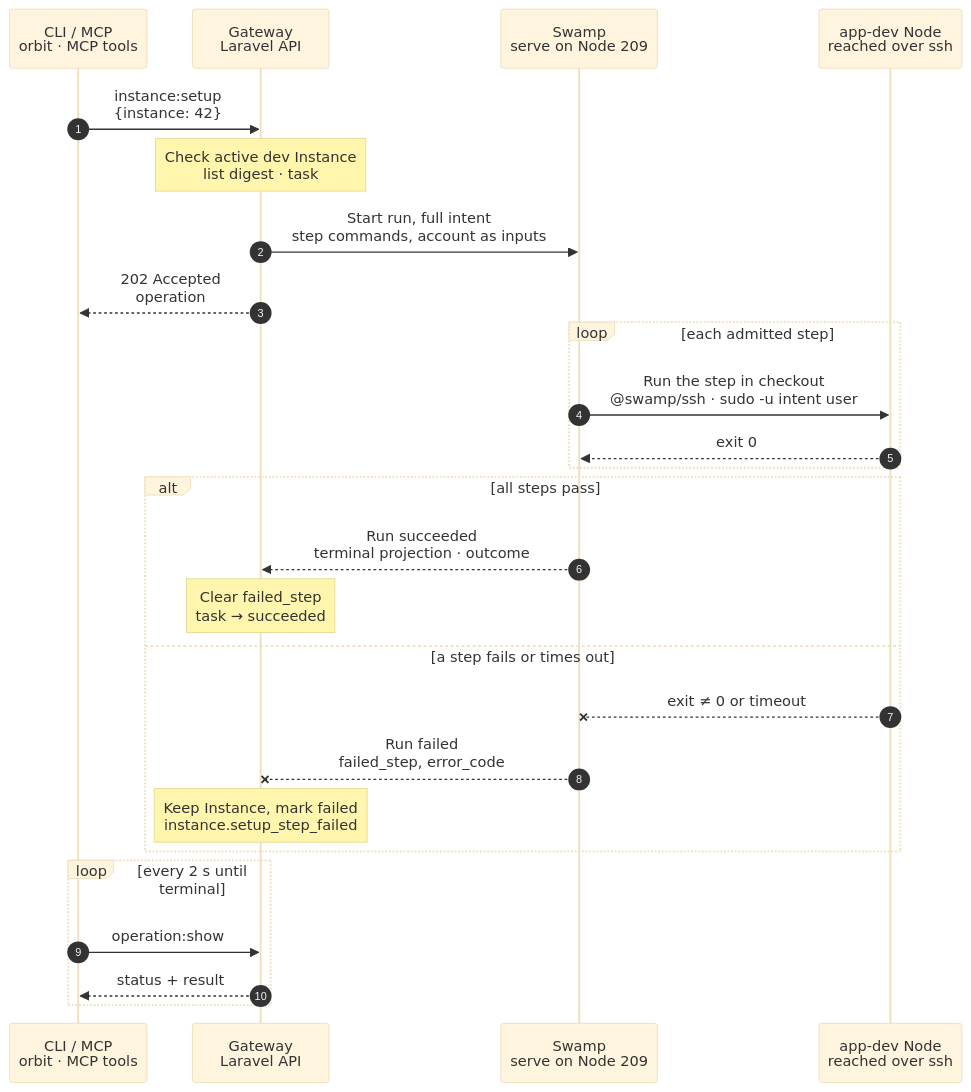
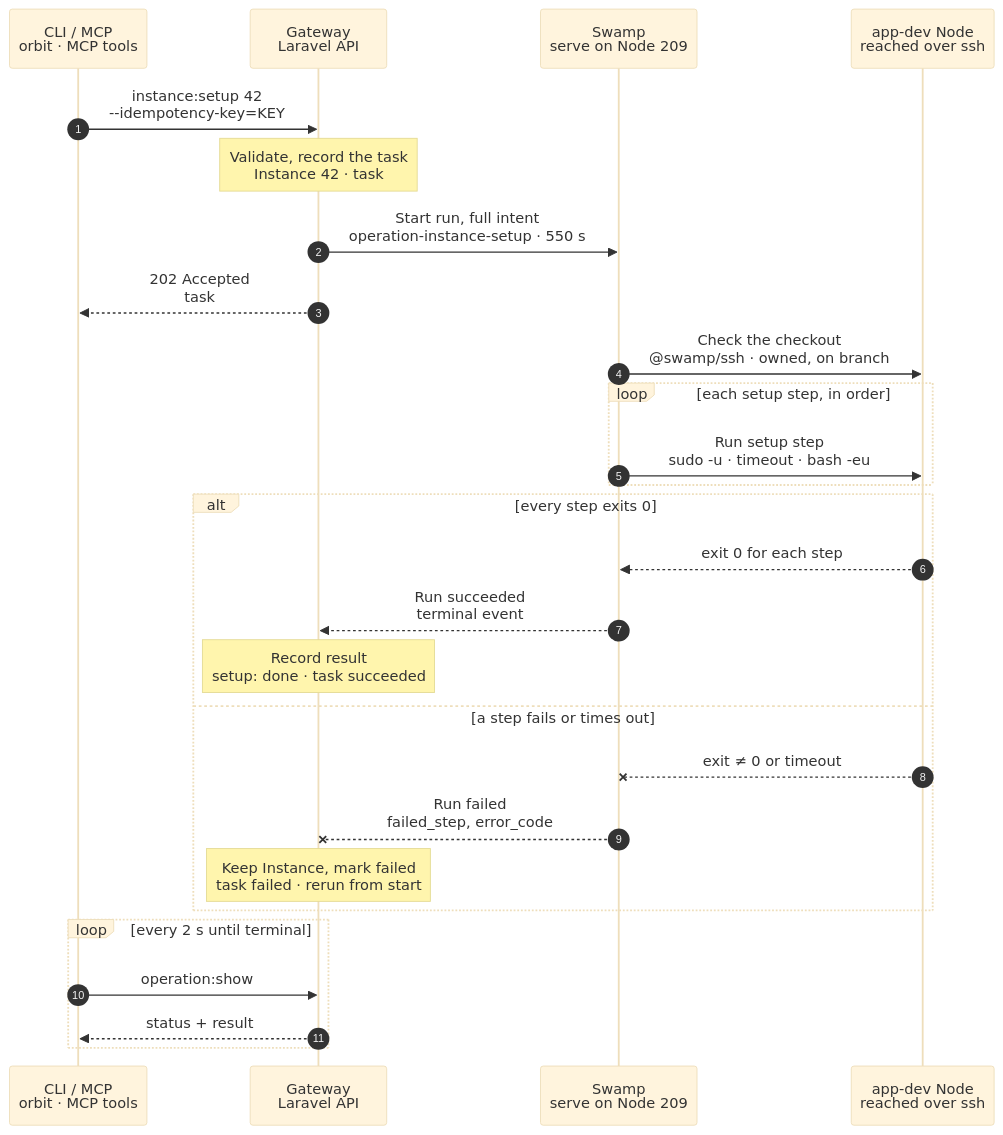
Before and after one commit to hardimpactdev/orbit: the diagram in docs/flows/instance.run_steps.mmd, drawn with Mermaid (base theme). The commit also changed 10 other files, not shown here.

First line of the commit message:
docs(flows): wave 3 charts (dev Instance lifecycle, Project maintenance) (#2436)

```diff
--- a/docs/flows/instance.run_steps.mmd
+++ b/docs/flows/instance.run_steps.mmd
@@ -1,32 +1,112 @@
 sequenceDiagram
-  %% Target design: ADR 0244 task + intent-as-workflow-inputs + single-swamp-node; orbit-instance-run-account; DECISIONS R4 (commands as inputs, sudo -u intent account, terminal projection).
+  %% Target design: ADR 0244 task, R2-R4 (process.stop shape: 209, @swamp/ssh, full intent as inputs), DECISIONS instance.run_steps (commands as inputs, sudo -u intent account, terminal projection, no API reads). docs/reference/instance-setup.md.
   %% status: draft
+  %% command: instance:setup
   autonumber
   %% lane CLI icon=terminal pill=caller tone=gray
   %% lane GW icon=gateway pill=intent tone=blue
   %% lane SW icon=workflow pill=executes tone=green
   %% lane N icon=server pill=target tone=amber
   participant CLI as CLI / MCP<br/>orbit · MCP tools
   participant GW as Gateway<br/>Laravel API
   participant SW as Swamp<br/>serve on Node 209
   participant N as app-dev Node<br/>reached over ssh
-  CLI->>GW: instance:setup<br/>{instance: 42}
-  Note over GW: Check active dev Instance<br/>list digest · task #5131
-  GW->>SW: Start run, full intent<br/>step commands, account as inputs
-  GW-->>CLI: 202 Accepted<br/>operation #5131
-  loop each admitted step
-    SW->>N: Run the step in checkout<br/>@swamp/ssh · sudo -u intent user
-    N-->>SW: exit 0
+  CLI->>GW: instance:setup 42<br/>--idempotency-key=KEY
+  %%> Command:
+  %%> - `orbit instance:setup 42`
+  %%> - syntax: `instance:setup <instance> [--idempotency-key=KEY] [--json]`
+  %%> Input:
+  %%> - the numeric Instance ID
+  %%> Who can call it:
+  %%> - the `orbit` CLI and the MCP tool send the same request
+  Note over GW: Validate, record the task<br/>Instance 42 · task #5133
+  %%> Requirements:
+  %%> - your Node has an access grant to Node 12, the Node of Instance 42
+  %%> - Instance 42 is an active development Instance on an `app-dev` Node
+  %%> - no other task holds Instance 42; the Gateway holds one lock per Instance and waits briefly for a busy one
+  %%> Records:
+  %%> - the Project's setup steps as they are now: names, commands, timeouts, and their digest
+  %%> - a later change to the list does not change this task; start a new one to use it
+  %%> Result:
+  %%> - task #5133 recorded with the full intent
+  %%> - nothing has happened on the Node yet
+  GW->>SW: Start run, full intent<br/>operation-instance-setup · 550 s
+  %%> What it does:
+  %%> - starts one Swamp run on serve (Node 209)
+  %%> Inputs:
+  %%> - `kind`: instance.run_steps
+  %%> - every step's name, command and timeout
+  %%> - the checkout path, the Instance account and the Node's Vite+ store (`VP_HOME`)
+  %%> - the seed: `ORBIT_SEED_PATH` and `ORBIT_SEED_COMMIT` of the `default` Instance on Node 12
+  %%> - Node 12's address and SSH host keys; the SSH identity comes from the `swamp` role
+  %%> Budget:
+  %%> - 550 s for the whole list; the step timeouts add up to at most 540 s
+  GW-->>CLI: 202 Accepted<br/>task #5133
+  %%> What you get:
+  %%> - the task number, at once
+  %%> Next:
+  %%> - the CLI follows the task with `operation:show`
+  SW->>N: Check the checkout<br/>@swamp/ssh · owned, on branch
+  %%> How:
+  %%> - Swamp reaches Node 12 over SSH from 209 with the official `@swamp/ssh` behavior
+  %%> What it does:
+  %%> - checks that the checkout of Instance 42 exists and is the one Orbit owns
+  %%> - checks that the Instance account exists
+  %%> Why:
+  %%> - the commands run only in the checkout the intent names
+  loop each setup step, in order
+    SW->>N: Run setup step<br/>sudo -u · timeout · bash -eu
+    %%> What it does:
+    %%> - runs one step's command with `bash -eu` from the repository root of the checkout
+    %%> - with `VP_HOME`, `ORBIT_SEED_PATH` and `ORBIT_SEED_COMMIT` set
+    %%> Typical steps:
+    %%> - `composer install`
+    %%> - `vp install`
+    %%> - `php artisan migrate`
+    %%> Runs as:
+    %%> - the Instance account from the intent, with `sudo -u`; not root
+    %%> Limits:
+    %%> - `timeout` stops the step's whole process group at its own timeout, so no command keeps running after it
+    %%> Progress:
+    %%> - each step shows under its own name
+    %%> Not kept:
+    %%> - command text and stdout; only the exit code and a redacted stderr tail
   end
-  alt all steps pass
-    SW-->>GW: Run succeeded<br/>terminal projection · outcome
-    Note over GW: Clear failed_step<br/>task → succeeded
+  alt every step exits 0
+    N-->>SW: exit 0 for each step
+    %%> Returns:
+    %%> - each step's exit code; that is the end state, so no other check runs
+    SW-->>GW: Run succeeded<br/>terminal event
+    %%> How the Gateway learns it:
+    %%> - its shared run reader sees the terminal event and reads the run's outputs; Swamp never calls the Gateway
+    Note over GW: Record result<br/>setup: done · task succeeded
+    %%> Result:
+    %%> - Instance 42's setup is recorded as done, and an earlier failed step is cleared
+    %%> - task #5133 succeeds; an empty list also succeeds
   else a step fails or times out
     N--xSW: exit ≠ 0 or timeout
+    %%> When:
+    %%> - a command exits with an error or runs past its timeout
+    %%> - exit 127 or 126: the command is missing or not executable
+    %%> Effect:
+    %%> - later steps do not run
     SW--xGW: Run failed<br/>failed_step, error_code
-    Note over GW: Keep Instance, mark failed<br/>instance.setup_step_failed
+    %%> The Gateway reads:
+    %%> - the failed step, its exit code and the redacted stderr tail
+    Note over GW: Keep Instance, mark failed<br/>task failed · rerun from start
+    %%> Result:
+    %%> - Instance 42 stays active; its setup is marked failed with the step name
+    %%> - task #5133 fails with `instance.setup_step_failed`, or `instance.setup_step_unavailable` for a missing command
+    %%> On the Node:
+    %%> - what earlier steps did stays; there is no rollback and no teardown
+    %%> Retry:
+    %%> - fix the cause and run `instance:setup` again; it starts at the first step, so steps should converge
   end
   loop every 2 s until terminal
-    CLI->>GW: operation:show #5131
+    CLI->>GW: operation:show #5133
+    %%> What it does:
+    %%> - asks for the task's status every 2 seconds until it has ended
     GW-->>CLI: status + result
+    %%> Returns:
+    %%> - the current status, and the result once the task has ended
   end
```
